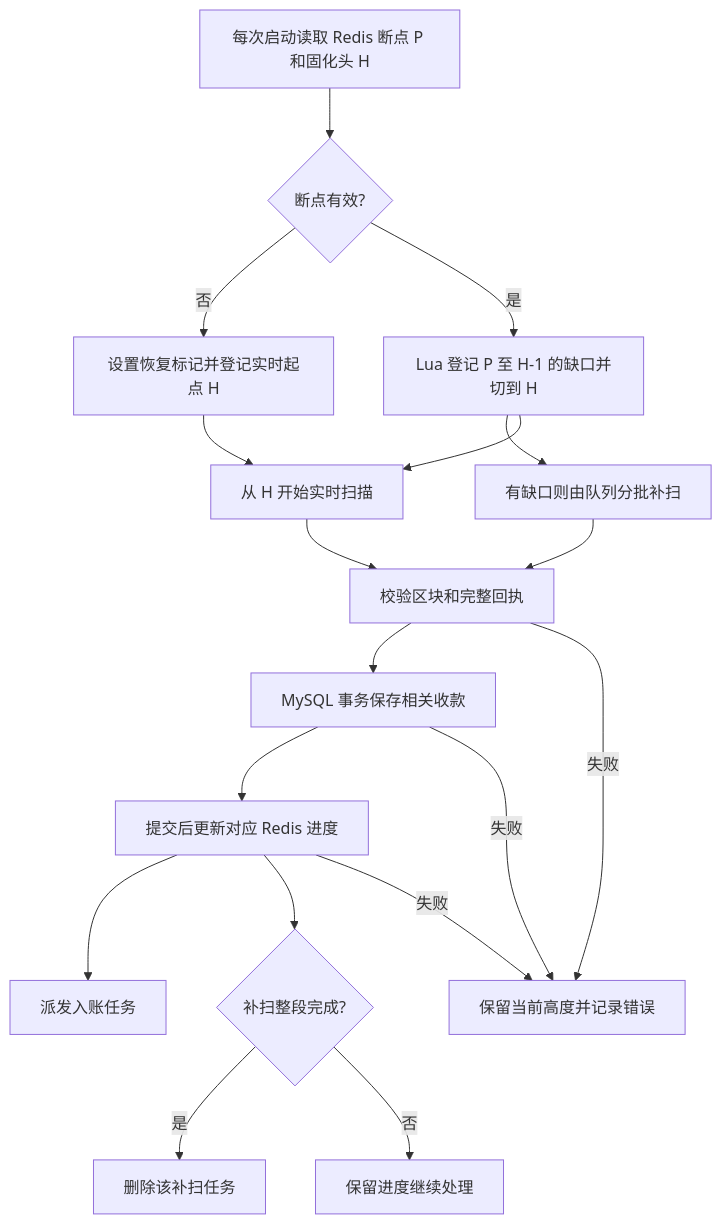
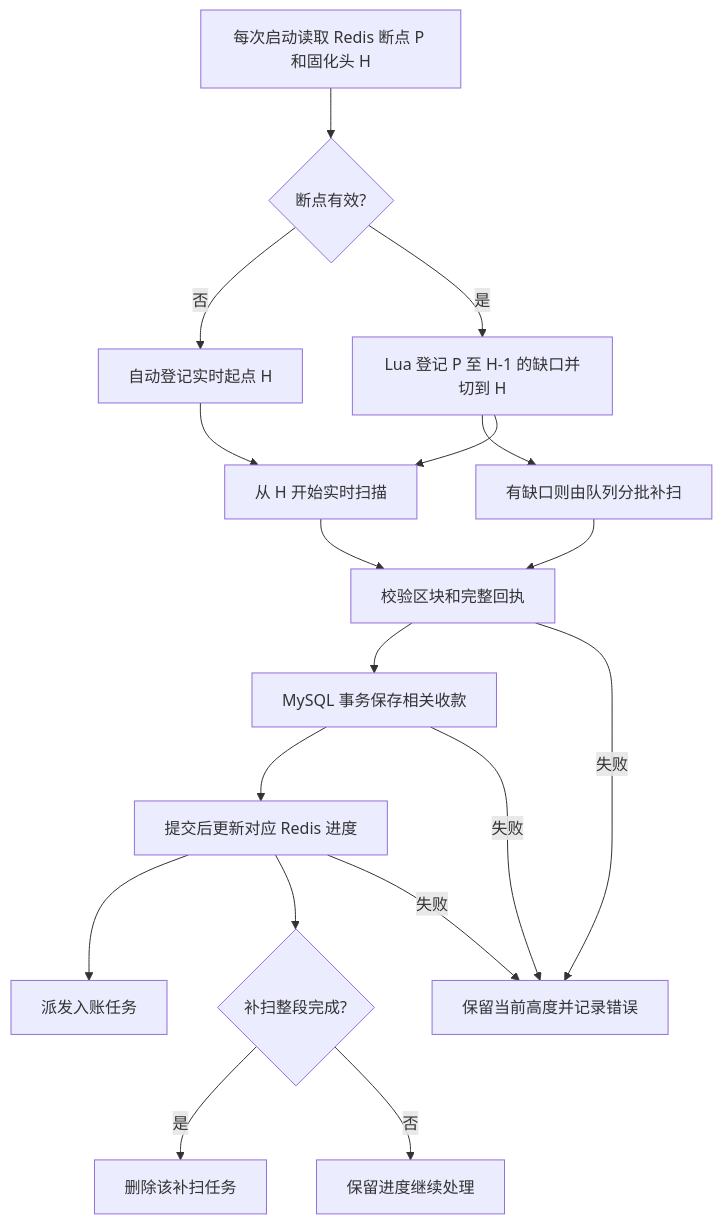
Before and after one commit to card-engine/game-platform: the second of 3 diagrams in simple-vue充值技术方案.md, drawn with Mermaid. The commit also changed other lines of this file and 9 other files, not shown here.

````diff
--- a/simple-vue充值技术方案.md
+++ b/simple-vue充值技术方案.md
@@ -272,20 +271,20 @@
 ```mermaid
 flowchart TD
     A[每次启动读取 Redis 断点 P 和固化头 H] --> B{断点有效?}
-    B -- 否 --> R[设置恢复标记并登记实时起点 H]
+    B -- 否 --> R[自动登记实时起点 H]
     R --> E[从 H 开始实时扫描]
     B -- 是 --> C[Lua 登记 P 至 H-1 的缺口并切到 H]
     C --> D[有缺口则由队列分批补扫]
     C --> E
     D --> F[校验区块和完整回执]
     E --> F
     F --> G[MySQL 事务保存相关收款]
     G --> H[提交后更新对应 Redis 进度]
     H --> I[派发入账任务]
     H --> J{补扫整段完成?}
     J -- 是 --> K[删除该补扫任务]
     J -- 否 --> L[保留进度继续处理]
     F -- 失败 --> M[保留当前高度并记录错误]
     G -- 失败 --> M
     H -- 失败 --> M
 ```
````
